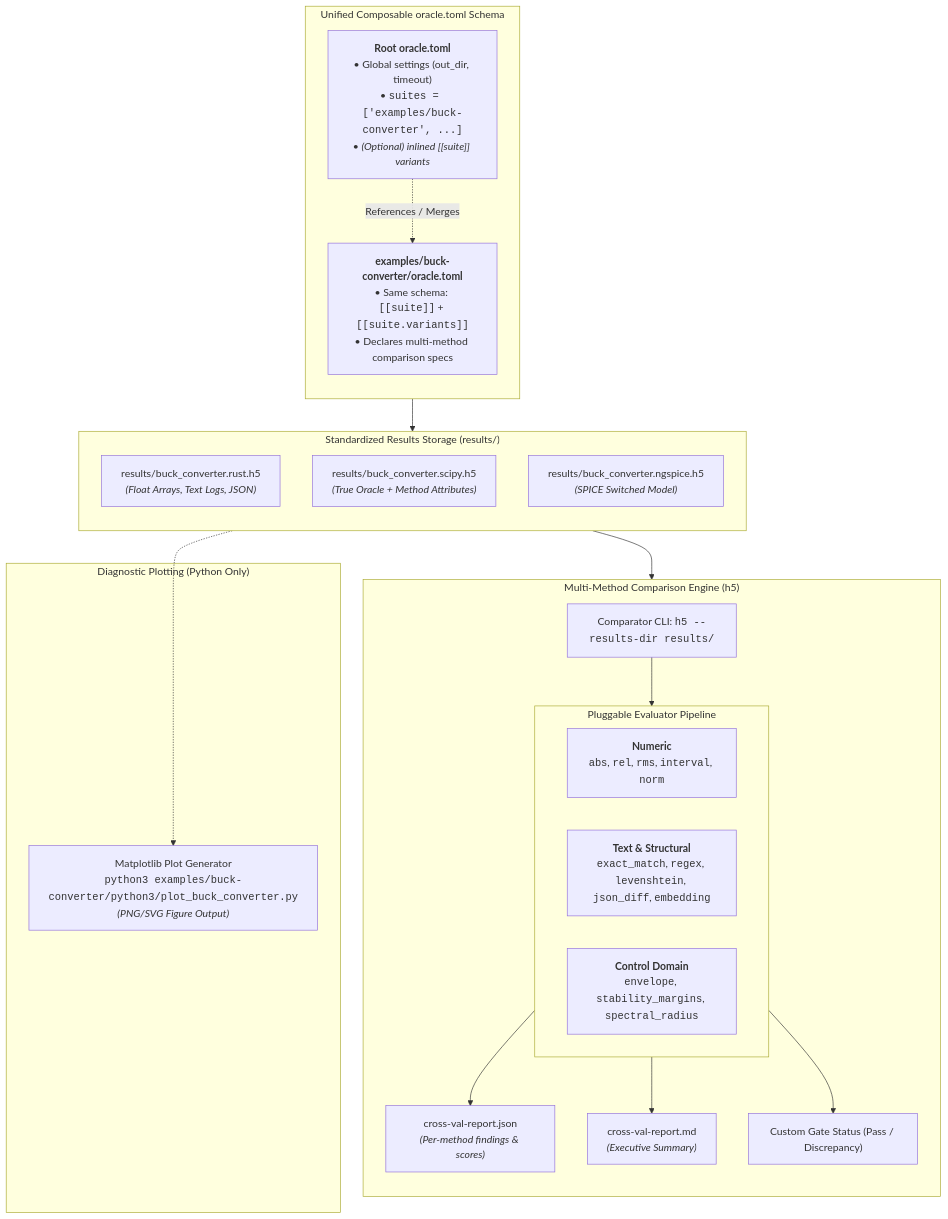
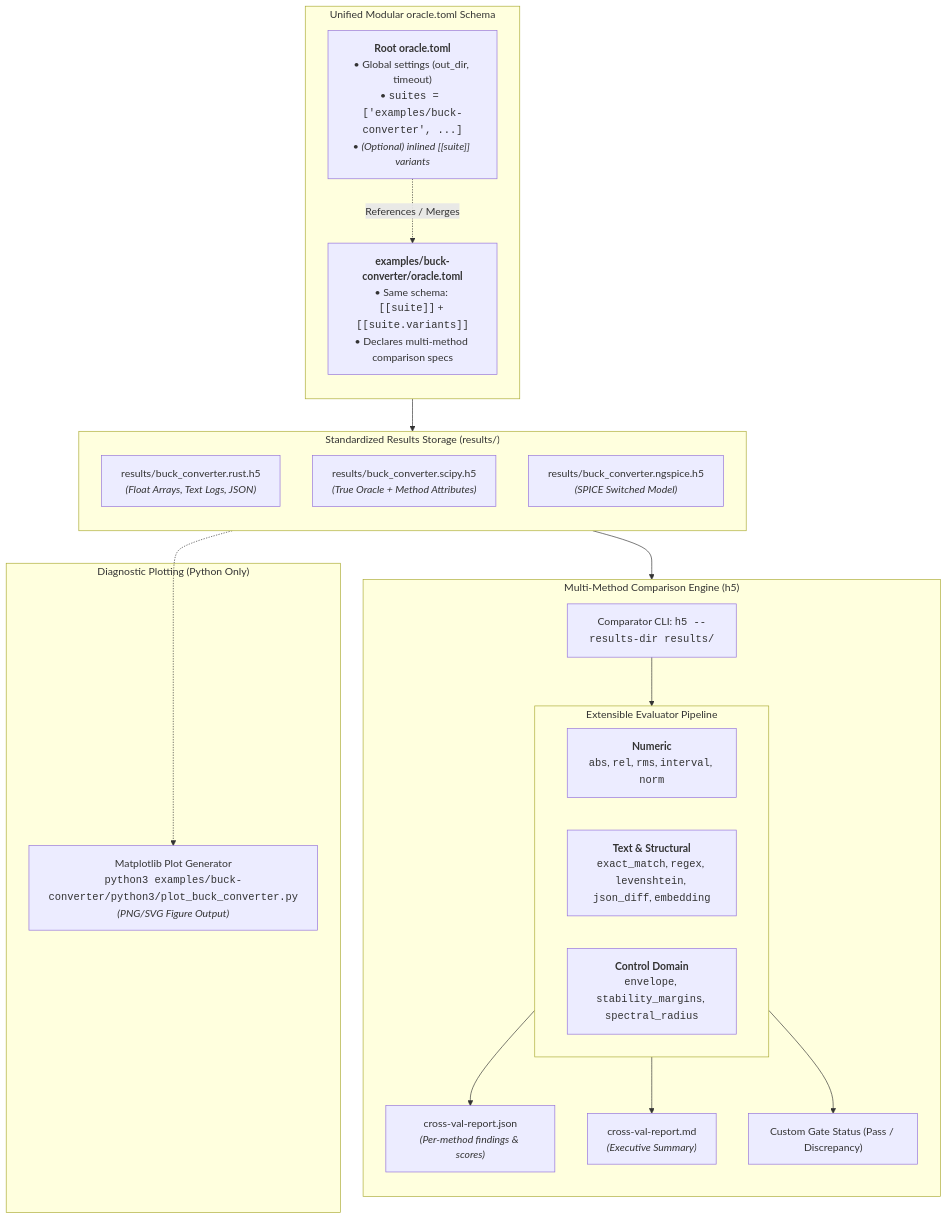
The diagram in documentation/vv/oracle-harness-design.md (Dyse-Industries/control-rs), drawn with Mermaid before and after one commit. The commit also changed other lines of this file and 1 other file, not shown here.

````diff
--- a/documentation/vv/oracle-harness-design.md
+++ b/documentation/vv/oracle-harness-design.md
@@ -164,41 +164,41 @@
 ```mermaid
 flowchart TD
-    subgraph Config["Unified Composable oracle.toml Schema"]
+    subgraph Config["Unified Modular oracle.toml Schema"]
         direction TB
         RootTOML["<b>Root oracle.toml</b><br/>• Global settings (out_dir, timeout)<br/>• <code>suites = ['examples/buck-converter', ...]</code><br/>• <i>(Optional) inlined [[suite]] variants</i>"]
         SuiteTOML["<b>examples/buck-converter/oracle.toml</b><br/>• Same schema: <code>[[suite]]</code> + <code>[[suite.variants]]</code><br/>• Declares multi-method comparison specs"]
         RootTOML -. References / Merges .-> SuiteTOML
     end
 
     subgraph Storage["Standardized Results Storage (results/)"]
         direction TB
         RustH5["results/buck_converter.rust.h5<br/><i>(Float Arrays, Text Logs, JSON)</i>"]
         OracleH5["results/buck_converter.scipy.h5<br/><i>(True Oracle + Method Attributes)</i>"]
         PeerH5["results/buck_converter.ngspice.h5<br/><i>(SPICE Switched Model)</i>"]
     end
 
     subgraph Comparison["Multi-Method Comparison Engine (h5)"]
         direction TB
-        subgraph Evaluators["Pluggable Evaluator Pipeline"]
+        subgraph Evaluators["Extensible Evaluator Pipeline"]
             NumEval["<b>Numeric</b><br/><code>abs</code>, <code>rel</code>, <code>rms</code>, <code>interval</code>, <code>norm</code>"]
             TextEval["<b>Text & Structural</b><br/><code>exact_match</code>, <code>regex</code>, <code>levenshtein</code>, <code>json_diff</code>, <code>embedding</code>"]
             CtrlEval["<b>Control Domain</b><br/><code>envelope</code>, <code>stability_margins</code>, <code>spectral_radius</code>"]
         end
         H5Engine["Comparator CLI: <code>h5 --results-dir results/</code>"]
         ReportJSON["cross-val-report.json<br/><i>(Per-method findings & scores)</i>"]
         ReportMD["cross-val-report.md<br/><i>(Executive Summary)</i>"]
         GateVerdict["Custom Gate Status (Pass / Discrepancy)"]
     end
 
     subgraph Diagnostics["Diagnostic Plotting (Python Only)"]
         MatplotlibPlots["Matplotlib Plot Generator<br/><code>python3 examples/buck-converter/python3/plot_buck_converter.py</code><br/><i>(PNG/SVG Figure Output)</i>"]
     end
 
     Config --> Storage
     Storage --> H5Engine
     H5Engine --> Evaluators
     Evaluators --> ReportJSON
     Evaluators --> ReportMD
     Evaluators --> GateVerdict
     Storage -.-> MatplotlibPlots
 ```
````
